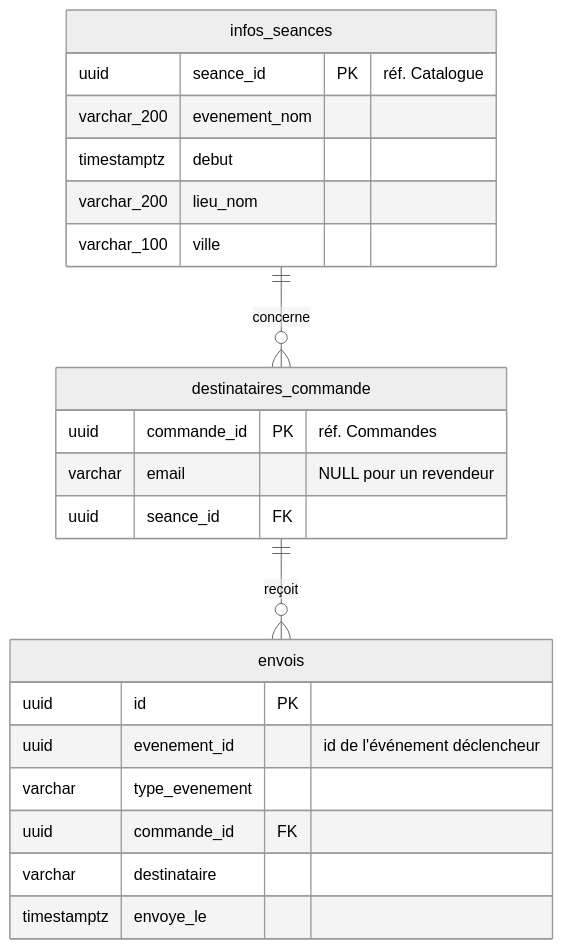
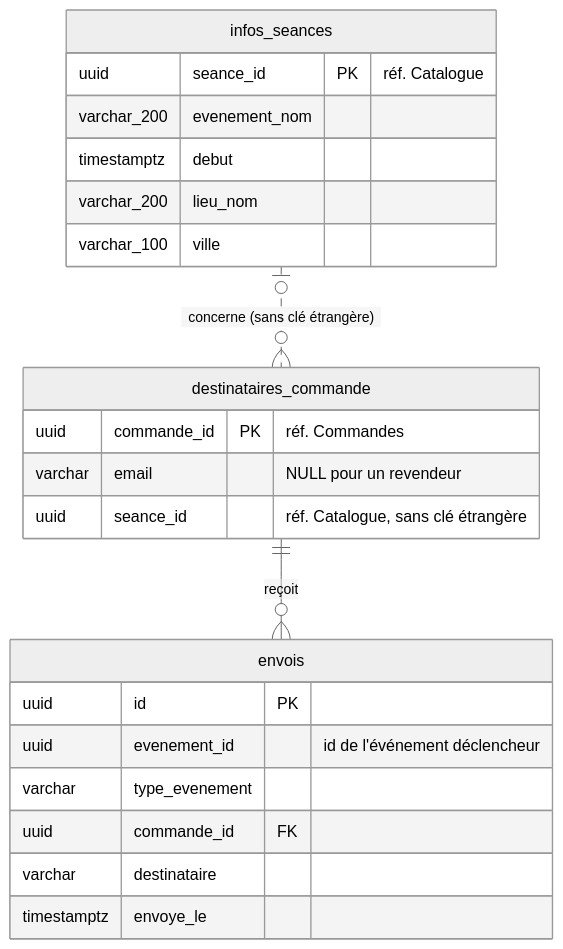
The fifth of 5 diagrams in docs/modele-donnees.md (AGNE-Moussa/billetterie), drawn with Mermaid (neutral theme) before and after one commit. The commit also changed other lines of this file and 54 other files, not shown here.

````diff
--- a/docs/modele-donnees.md
+++ b/docs/modele-donnees.md
@@ -213,26 +217,26 @@
 ```mermaid
 erDiagram
-  infos_seances ||--o{ destinataires_commande : "concerne"
+  infos_seances |o..o{ destinataires_commande : "concerne (sans clé étrangère)"
   destinataires_commande ||--o{ envois : "reçoit"
 
   infos_seances {
     uuid seance_id PK "réf. Catalogue"
     varchar_200 evenement_nom
     timestamptz debut
     varchar_200 lieu_nom
     varchar_100 ville
   }
   destinataires_commande {
     uuid commande_id PK "réf. Commandes"
     varchar email "NULL pour un revendeur"
-    uuid seance_id FK
+    uuid seance_id "réf. Catalogue, sans clé étrangère"
   }
   envois {
     uuid id PK
     uuid evenement_id "id de l'événement déclencheur"
     varchar type_evenement
     uuid commande_id FK
     varchar destinataire
     timestamptz envoye_le
   }
 ```
````
